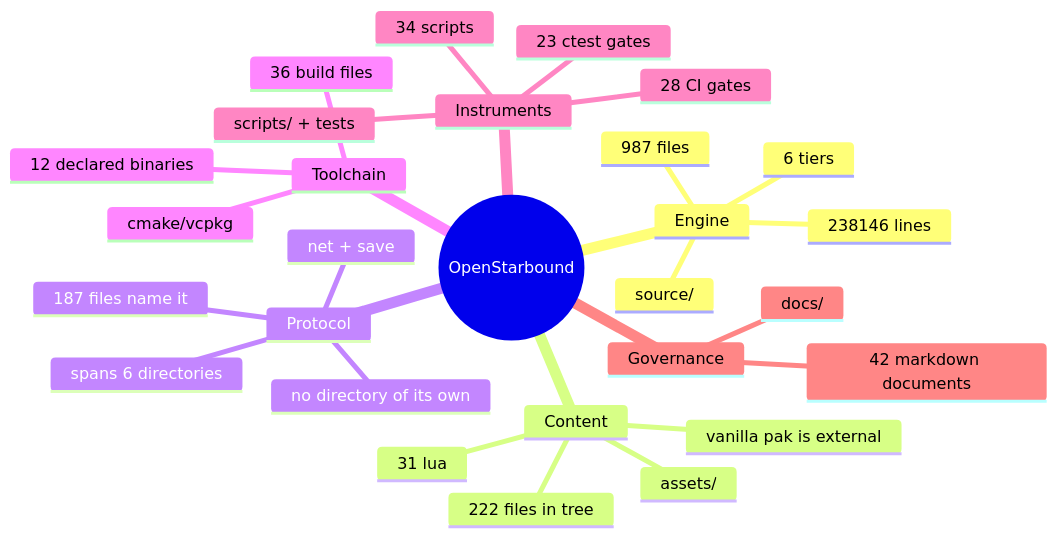
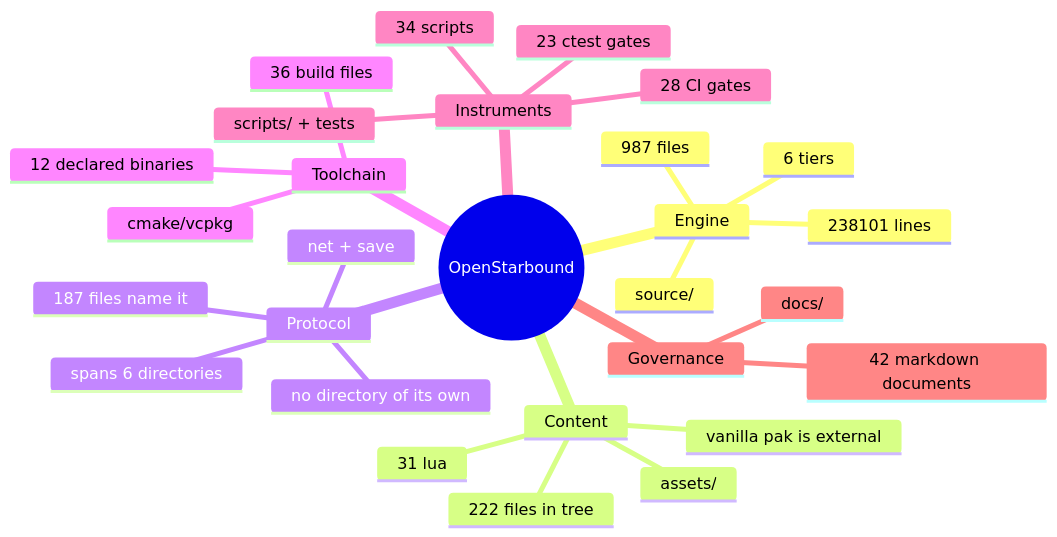
The second of 11 diagrams in docs/architecture/system-boundaries.md (apnex/OpenStarbound), drawn with Mermaid before and after one commit. The commit also changed other lines of this file and 2 other files, not shown here.

````diff
--- a/docs/architecture/system-boundaries.md
+++ b/docs/architecture/system-boundaries.md
@@ -166,31 +166,31 @@
 ```mermaid
 mindmap
   root((OpenStarbound))
     Engine
       source/
       987 files
-      238146 lines
+      238101 lines
       6 tiers
     Content
       assets/
       222 files in tree
       31 lua
       vanilla pak is external
     Protocol
       net + save
       187 files name it
       spans 6 directories
       no directory of its own
     Toolchain
       cmake/vcpkg
       36 build files
       12 declared binaries
     Instruments
       scripts/ + tests
       34 scripts
       23 ctest gates
       28 CI gates
     Governance
       docs/
       42 markdown documents
 ```
````
